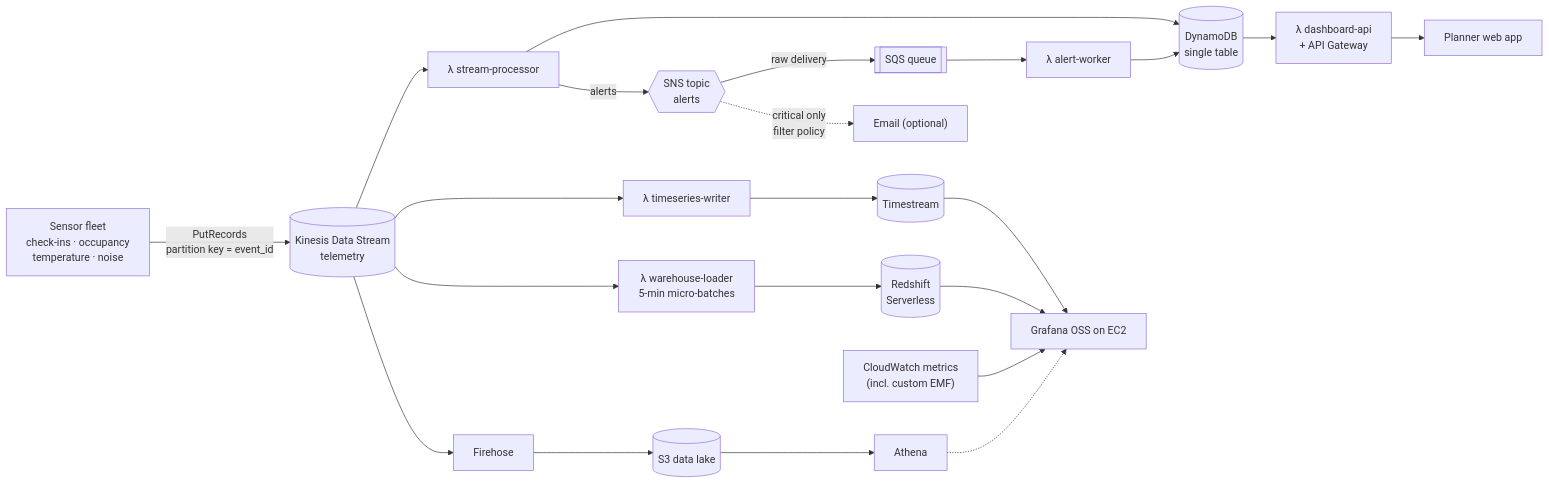
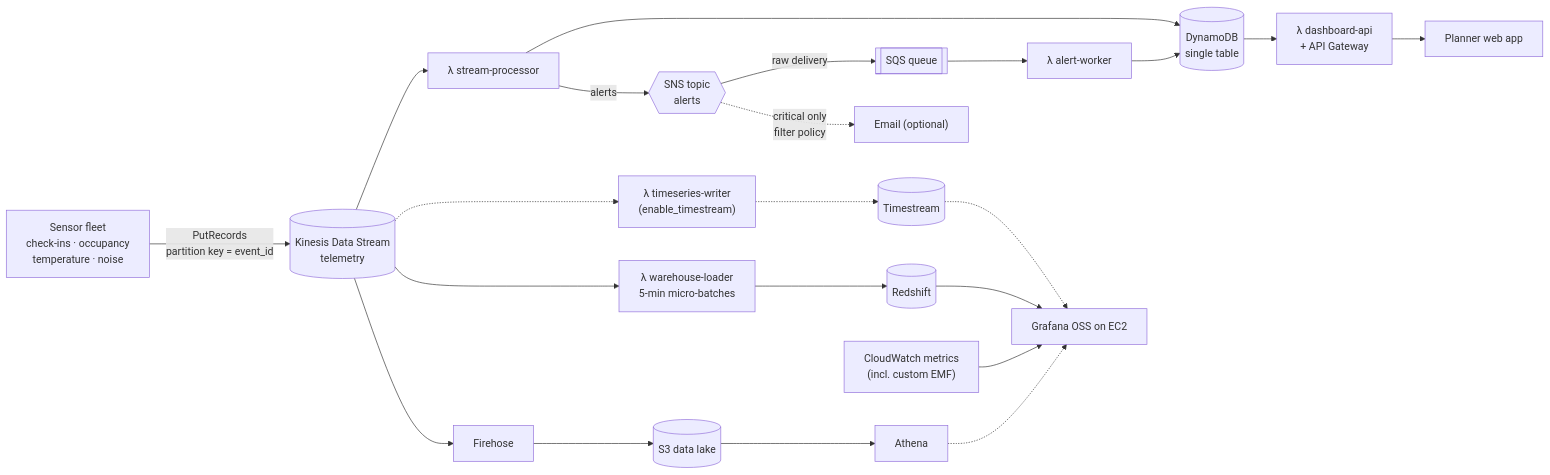
The diagram in README.md (stephy0410/aws-live-event-telemetry-pipeline), drawn with Mermaid before and after one commit. The commit also changed other lines of this file and 15 other files, not shown here.

````diff
--- a/README.md
+++ b/README.md
@@ -18,21 +18,21 @@
 ```mermaid
 flowchart LR
     S["Sensor fleet<br/>check-ins · occupancy<br/>temperature · noise"] -->|PutRecords<br/>partition key = event_id| K[("Kinesis Data Stream<br/>telemetry")]
 
     K --> P["λ stream-processor"]
     P --> D[("DynamoDB<br/>single table")]
     P -->|alerts| T{{"SNS topic<br/>alerts"}}
     T -->|raw delivery| Q[["SQS queue"]]
     T -.->|critical only<br/>filter policy| E["Email (optional)"]
     Q --> W["λ alert-worker"] --> D
     D --> API["λ dashboard-api<br/>+ API Gateway"] --> UI["Planner web app"]
 
-    K --> TW["λ timeseries-writer"] --> TS[("Timestream")]
-    K --> WL["λ warehouse-loader<br/>5-min micro-batches"] --> RS[("Redshift<br/>Serverless")]
+    K -.-> TW["λ timeseries-writer<br/>(enable_timestream)"] -.-> TS[("Timestream")]
+    K --> WL["λ warehouse-loader<br/>5-min micro-batches"] --> RS[("Redshift")]
     K --> F["Firehose"] --> L[("S3 data lake")] --> A["Athena"]
 
-    TS --> G["Grafana OSS on EC2"]
+    TS -.-> G["Grafana OSS on EC2"]
     RS --> G
     CW["CloudWatch metrics<br/>(incl. custom EMF)"] --> G
     A -.-> G
 ```
````
